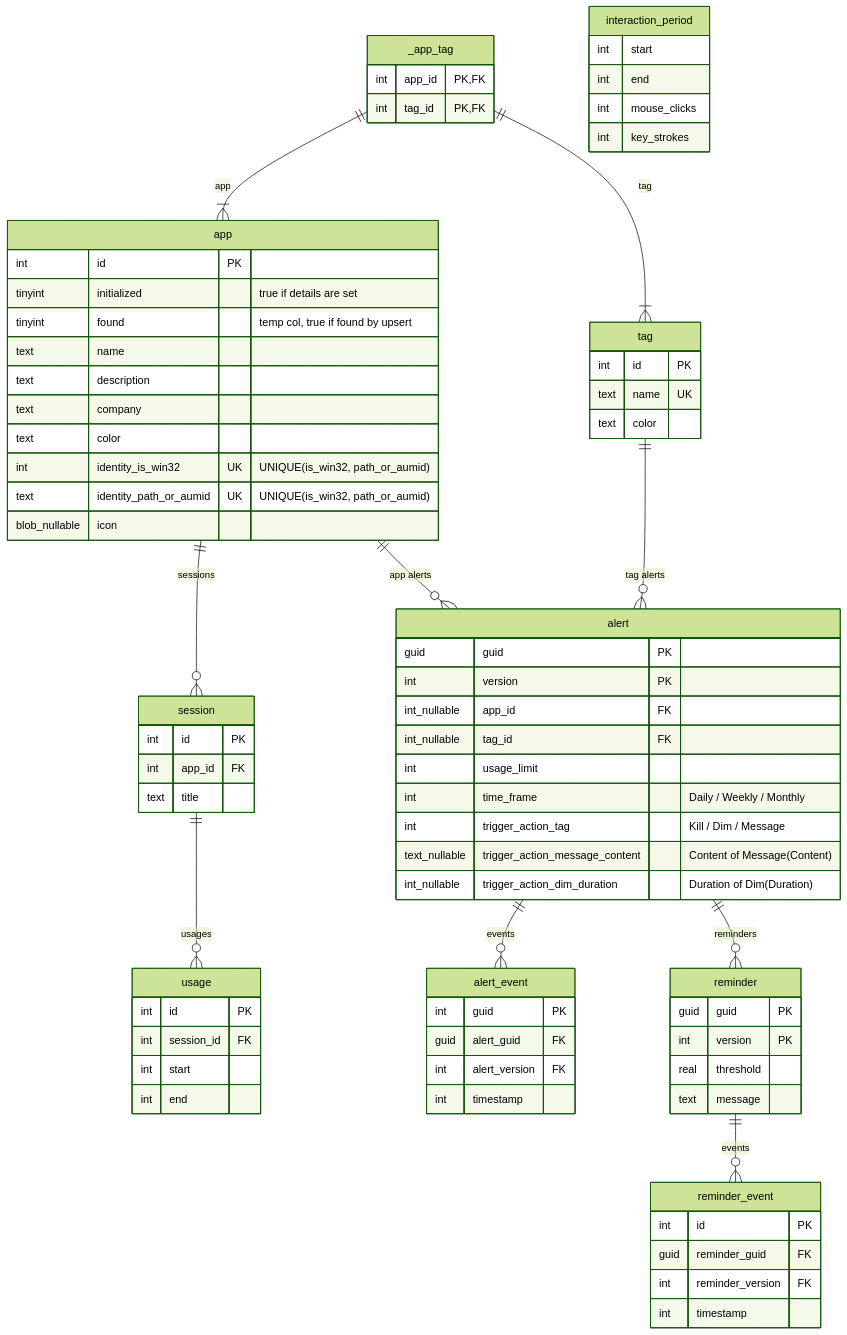
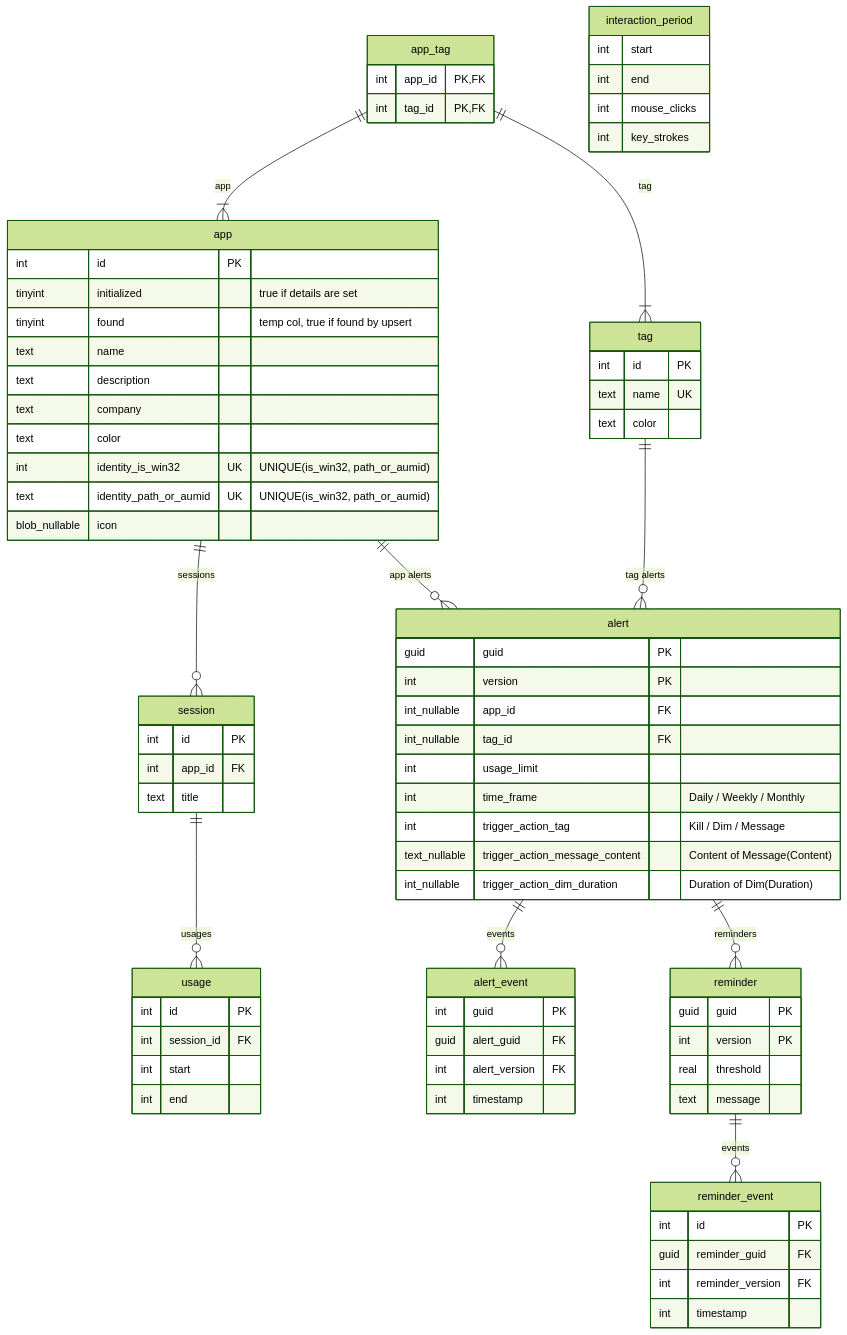
Before and after one commit to Enigmatrix/Cobalt: the diagram in ARCHITECTURE.md, drawn with Mermaid (forest theme).

Commit message:
fix: rename _app_tag to app_tag in ER diagram

```diff
--- a/ARCHITECTURE.md
+++ b/ARCHITECTURE.md
@@ -24,7 +24,7 @@
         text            color
     }
 
-    _app_tag {
+    app_tag {
         int             app_id PK,FK
         int             tag_id PK,FK
     }
@@ -84,8 +84,8 @@
 
     app ||--o{ session : sessions
     session ||--o{ usage : usages
-    _app_tag ||--|{ app : app
-    _app_tag ||--|{ tag : tag
+    app_tag ||--|{ app : app
+    app_tag ||--|{ tag : tag
     app ||--o{ alert : "app alerts"
     tag ||--o{ alert : "tag alerts"
     alert ||--o{ reminder : reminders
```
